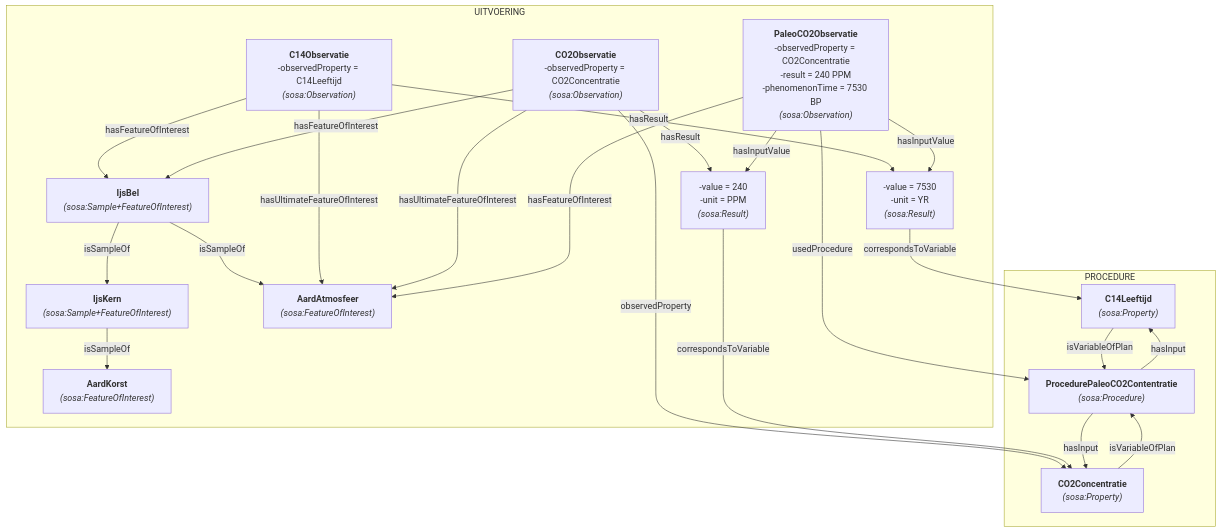
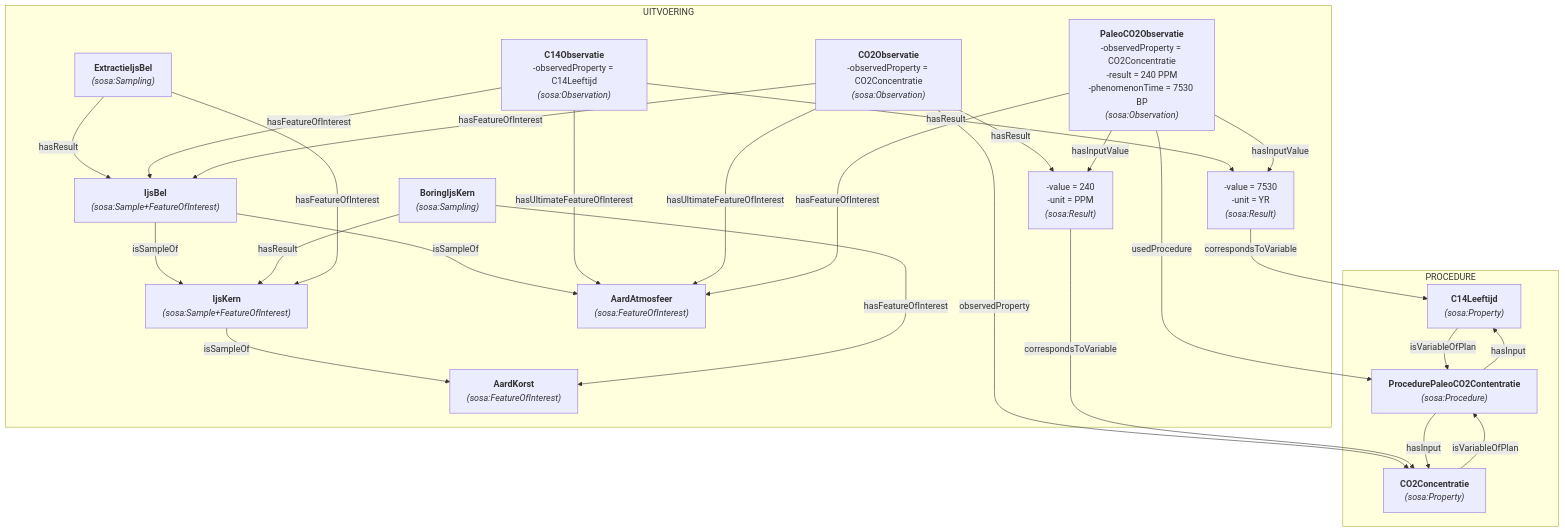
One commit to Informatievlaanderen/OSLOthema-SSNSOSA-VL changed the second of 2 diagrams in src/main/input/paleo/README.md. Above: the diagram before and after it, drawn with Mermaid. The commit also changed other lines of this file and 77 other files, not shown here.

```diff
--- a/src/main/input/paleo/README.md
+++ b/src/main/input/paleo/README.md
@@ -86,6 +113,16 @@
 B -->|isSampleOf| A
 C -->|isSampleOf| B
 C -->|isSampleOf| D
+
+%% Bemonsteringen: elk monster is het resultaat van een sosa:Sampling
+S1["`**BoringIjsKern**
+*(sosa:Sampling)*`"]
+S2["`**ExtractieIjsBel**
+*(sosa:Sampling)*`"]
+S1 -->|hasFeatureOfInterest| A
+S1 -->|hasResult| B
+S2 -->|hasFeatureOfInterest| B
+S2 -->|hasResult| C
 
 %% Original Observations
 O1["`**C14Observatie**
```
